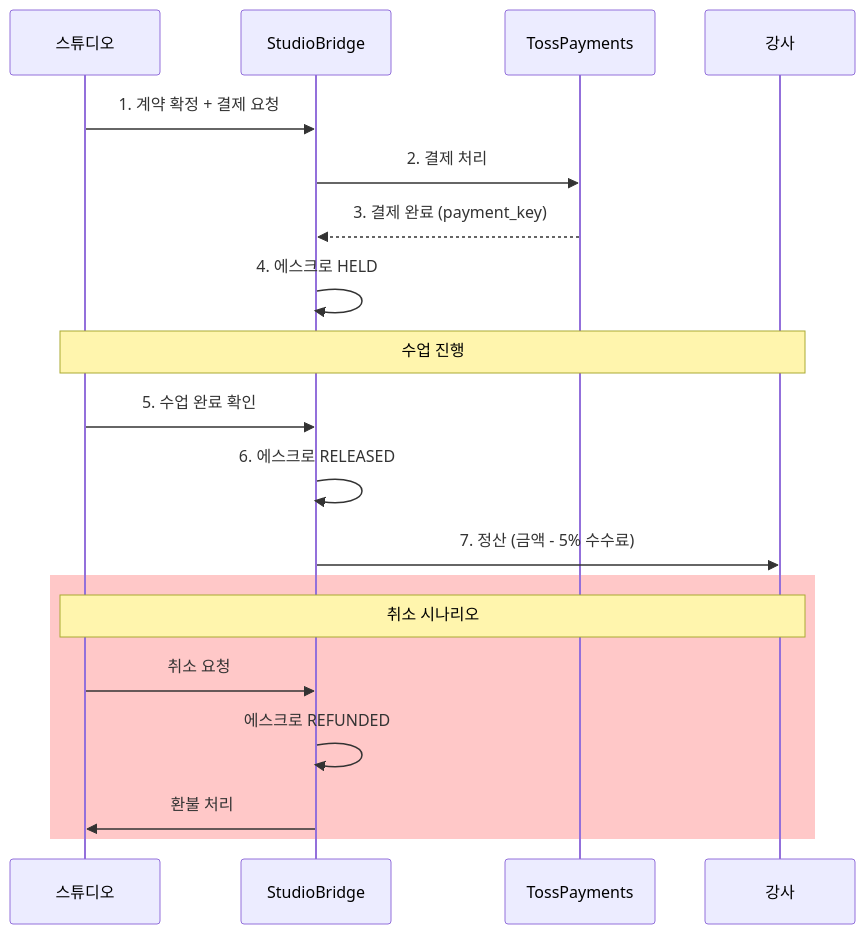
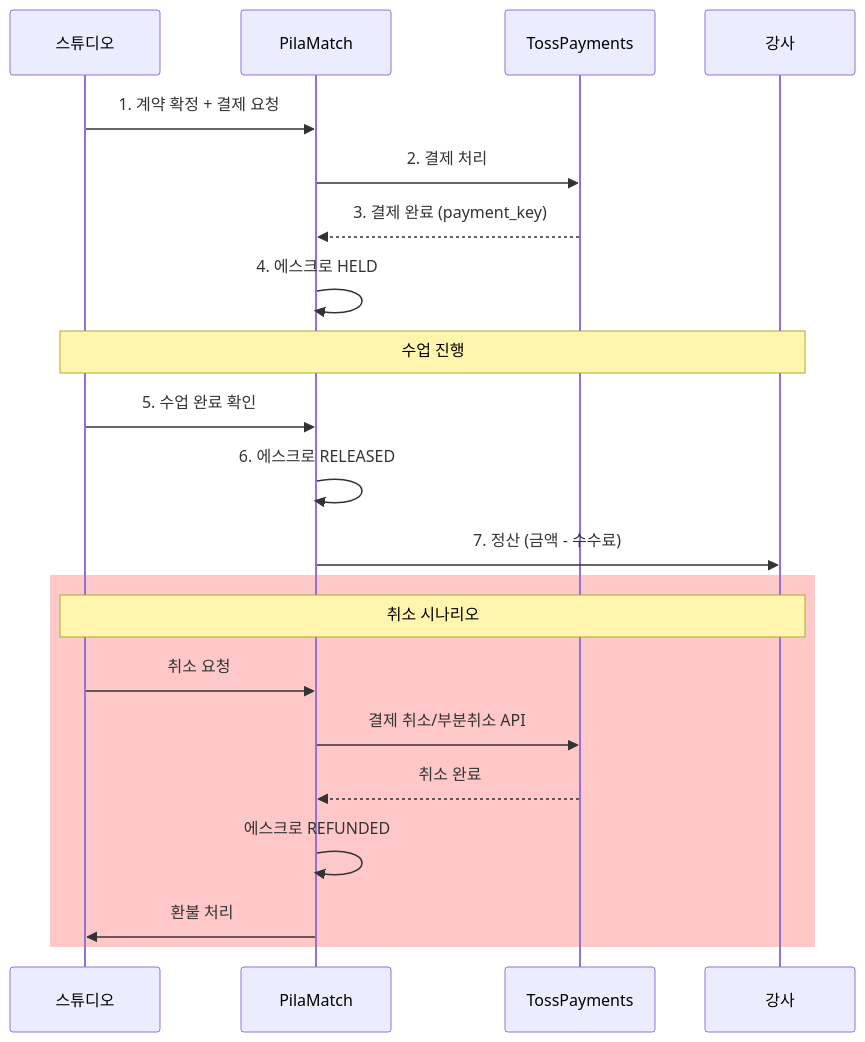
Before and after one commit to MaduJoe/PilaMatch: the fifth of 8 diagrams in README.md, drawn with Mermaid. The commit also changed other lines of this file and 38 other files, not shown here.

First line of the commit message:
refactor: 브랜드명 StudioBridge → PilaMatch 통일 + README 전면 업데이트

````diff
--- a/README.md
+++ b/README.md
@@ -952,25 +1379,27 @@
 ```mermaid
 sequenceDiagram
     participant S as 스튜디오
-    participant P as StudioBridge
+    participant P as PilaMatch
     participant T as TossPayments
     participant I as 강사
 
     S->>P: 1. 계약 확정 + 결제 요청
     P->>T: 2. 결제 처리
     T-->>P: 3. 결제 완료 (payment_key)
     P->>P: 4. 에스크로 HELD
 
     Note over S,I: 수업 진행
 
     S->>P: 5. 수업 완료 확인
     P->>P: 6. 에스크로 RELEASED
-    P->>I: 7. 정산 (금액 - 5% 수수료)
+    P->>I: 7. 정산 (금액 - 수수료)
 
     rect rgb(255, 200, 200)
         Note over S,I: 취소 시나리오
         S->>P: 취소 요청
+        P->>T: 결제 취소/부분취소 API
+        T-->>P: 취소 완료
         P->>P: 에스크로 REFUNDED
         P->>S: 환불 처리
     end
 ```
````
